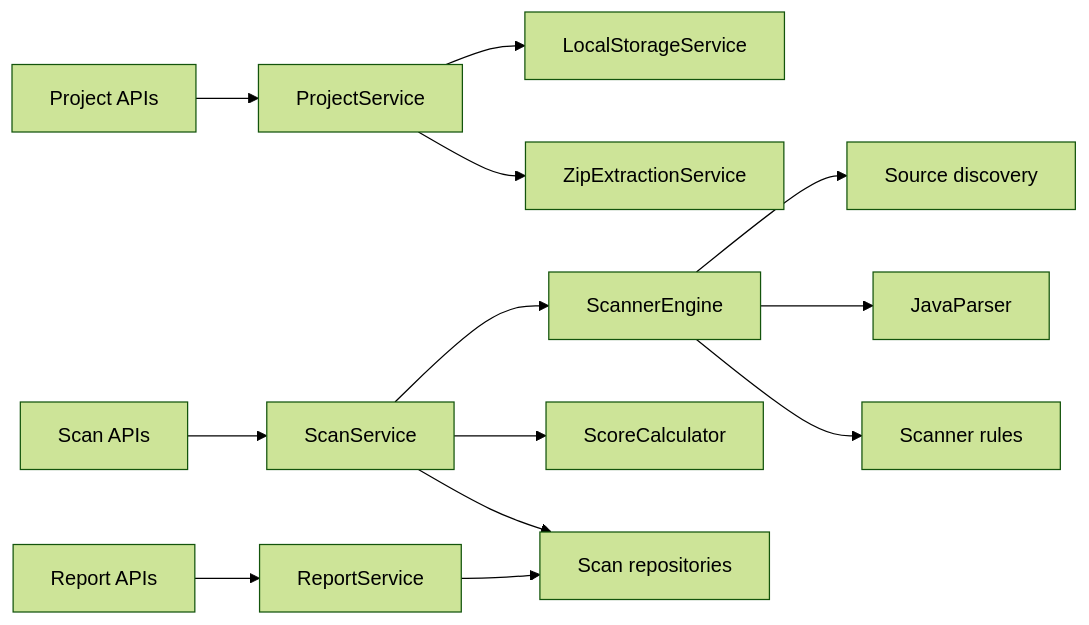
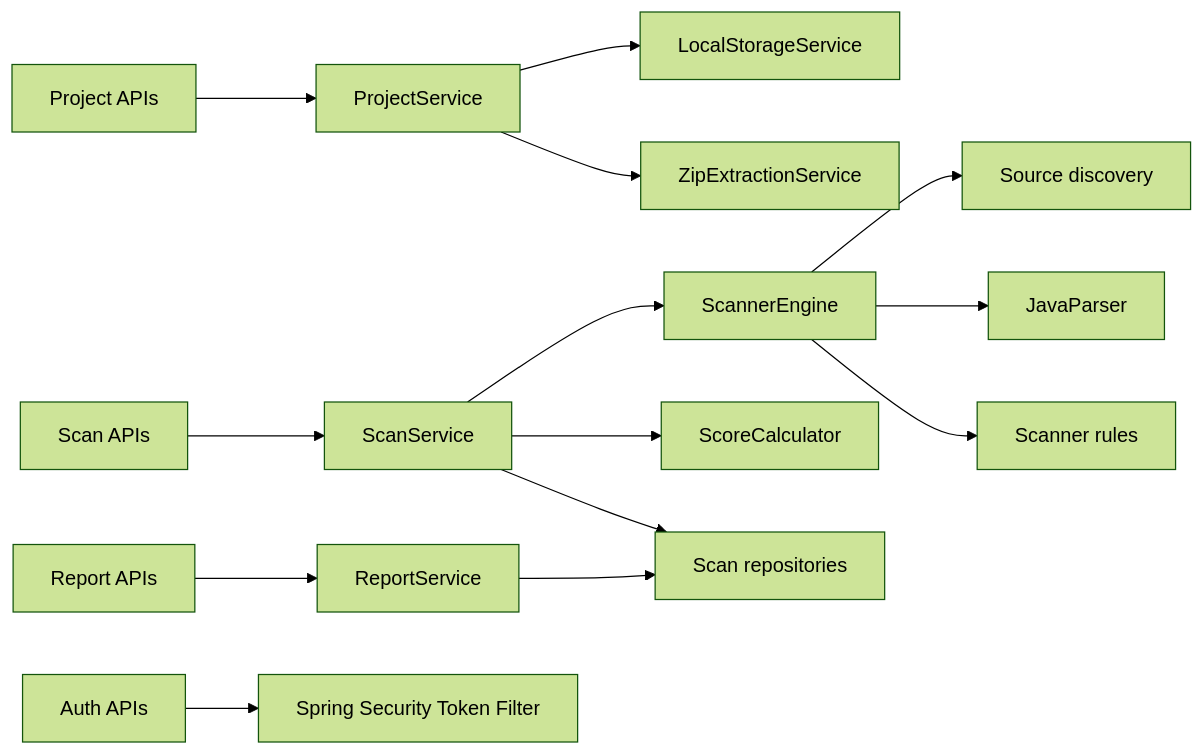
The diagram in README.md (m-abdulazizov/aperture-architecture-analyzer), drawn with Mermaid (forest theme) before and after one commit. The commit also changed other lines of this file and 10 other files, not shown here.

````diff
--- a/README.md
+++ b/README.md
@@ -234,15 +270,16 @@
 ```mermaid
 flowchart LR
     A["Project APIs"] --> B["ProjectService"]
     B --> C["LocalStorageService"]
     B --> D["ZipExtractionService"]
     E["Scan APIs"] --> F["ScanService"]
     F --> G["ScannerEngine"]
     G --> H["Source discovery"]
     G --> I["JavaParser"]
     G --> J["Scanner rules"]
     F --> K["ScoreCalculator"]
     F --> L["Scan repositories"]
     M["Report APIs"] --> N["ReportService"]
     N --> L
+    O["Auth APIs"] --> P["Spring Security Token Filter"]
 ```
````
